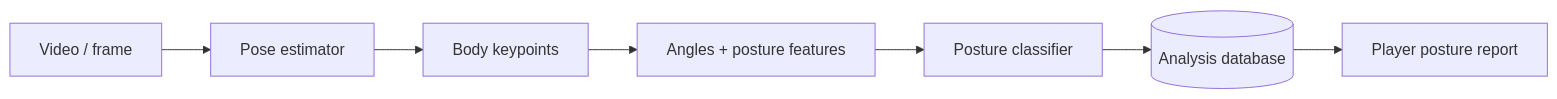
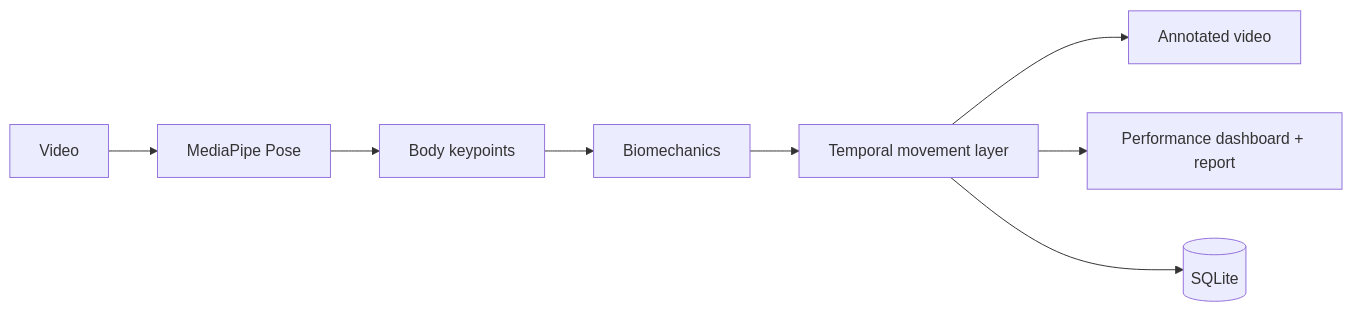
The diagram in README.md (rsswethaa/football-posture-analysis), drawn with Mermaid before and after one commit. The commit also changed other lines of this file, not shown here.

````diff
--- a/README.md
+++ b/README.md
@@ -17,9 +26,10 @@
 ```mermaid
 flowchart LR
-  V[Video / frame] --> P[Pose estimator]
+  V[Video] --> P[MediaPipe Pose]
   P --> K[Body keypoints]
-  K --> F[Angles + posture features]
-  F --> C[Posture classifier]
-  C --> DB[(Analysis database)]
-  DB --> R[Player posture report]
+  K --> B[Biomechanics]
+  B --> T[Temporal movement layer]
+  T --> O[Annotated video]
+  T --> R[Performance dashboard + report]
+  T --> DB[(SQLite)]
 ```
````
